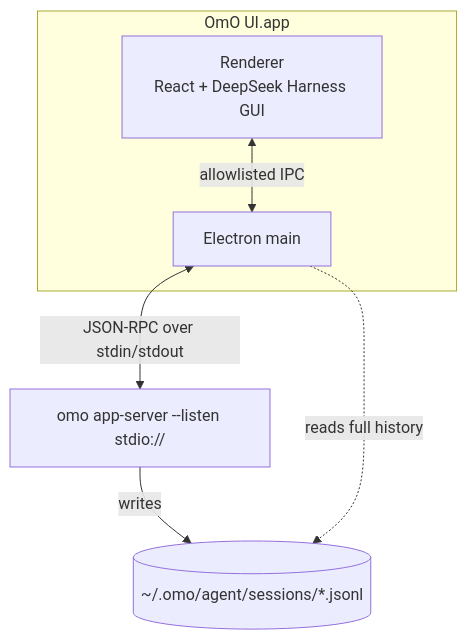
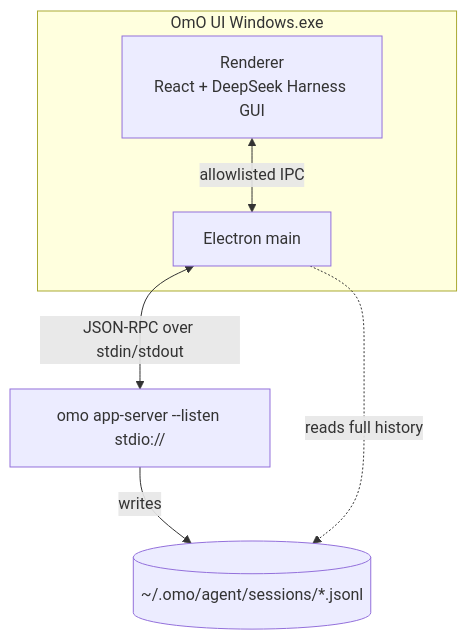
The diagram in README.md (purrbeard/omo-purrate), drawn with Mermaid before and after one commit. The commit also changed other lines of this file and 1 other file, not shown here.

Commit message:
docs(windows): one-line PowerShell install of omo and the app; README install, shortcuts and troubleshooting for Windows

````diff
--- a/README.md
+++ b/README.md
@@ -263,9 +275,9 @@
 ```mermaid
 flowchart TB
-  subgraph App["OmO UI.app"]
+  subgraph App["OmO UI Windows.exe"]
     R["Renderer<br/>React + DeepSeek Harness GUI"] <-->|"allowlisted IPC"| M["Electron main"]
   end
   M <-->|"JSON-RPC over stdin/stdout"| S["omo app-server --listen stdio://"]
   S -->|"writes"| F[("~/.omo/agent/sessions/*.jsonl")]
   M -.->|"reads full history"| F
 ```
````
